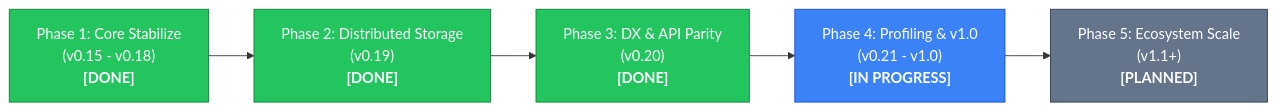
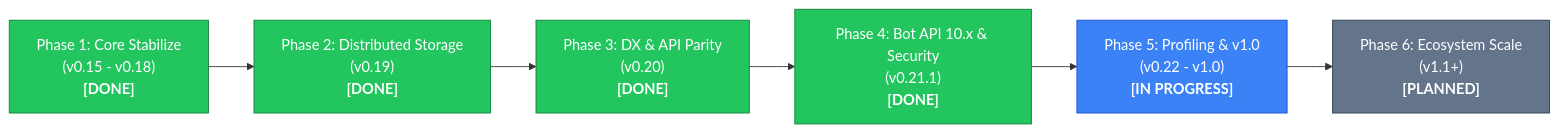
One commit to jilimb0/TGWrapper changed the diagram in docs/ROADMAP.md. Above: the diagram before and after it, drawn with Mermaid. The commit also changed other lines of this file and 3 other files, not shown here.

Commit message:
docs(tg-wrapper): sync ROADMAP.md, GTM_LAUNCH.md, and ADOPTION_PATH.md for v0.21.1

````diff
--- a/docs/ROADMAP.md
+++ b/docs/ROADMAP.md
@@ -9,15 +9,16 @@
 ```mermaid
 flowchart LR
     P1["Phase 1: Core Stabilize<br/>(v0.15 - v0.18)<br/><b>[DONE]</b>"] --> P2["Phase 2: Distributed Storage<br/>(v0.19)<br/><b>[DONE]</b>"]
     P2 --> P3["Phase 3: DX & API Parity<br/>(v0.20)<br/><b>[DONE]</b>"]
-    P3 --> P4["Phase 4: Profiling & v1.0<br/>(v0.21 - v1.0)<br/><b>[IN PROGRESS]</b>"]
-    P4 --> P5["Phase 5: Ecosystem Scale<br/>(v1.1+)<br/><b>[PLANNED]</b>"]
+    P3 --> P4["Phase 4: Bot API 10.x & Security<br/>(v0.21.1)<br/><b>[DONE]</b>"]
+    P4 --> P5["Phase 5: Profiling & v1.0<br/>(v0.22 - v1.0)<br/><b>[IN PROGRESS]</b>"]
+    P5 --> P6["Phase 6: Ecosystem Scale<br/>(v1.1+)<br/><b>[PLANNED]</b>"]
 
     classDef done fill:#22c55e,stroke:#15803d,color:#ffffff;
     classDef active fill:#3b82f6,stroke:#1d4ed8,color:#ffffff;
     classDef planned fill:#64748b,stroke:#334155,color:#ffffff;
 
-    class P1,P2,P3 done;
-    class P4 active;
-    class P5 planned;
+    class P1,P2,P3,P4 done;
+    class P5 active;
+    class P6 planned;
 ```
````
